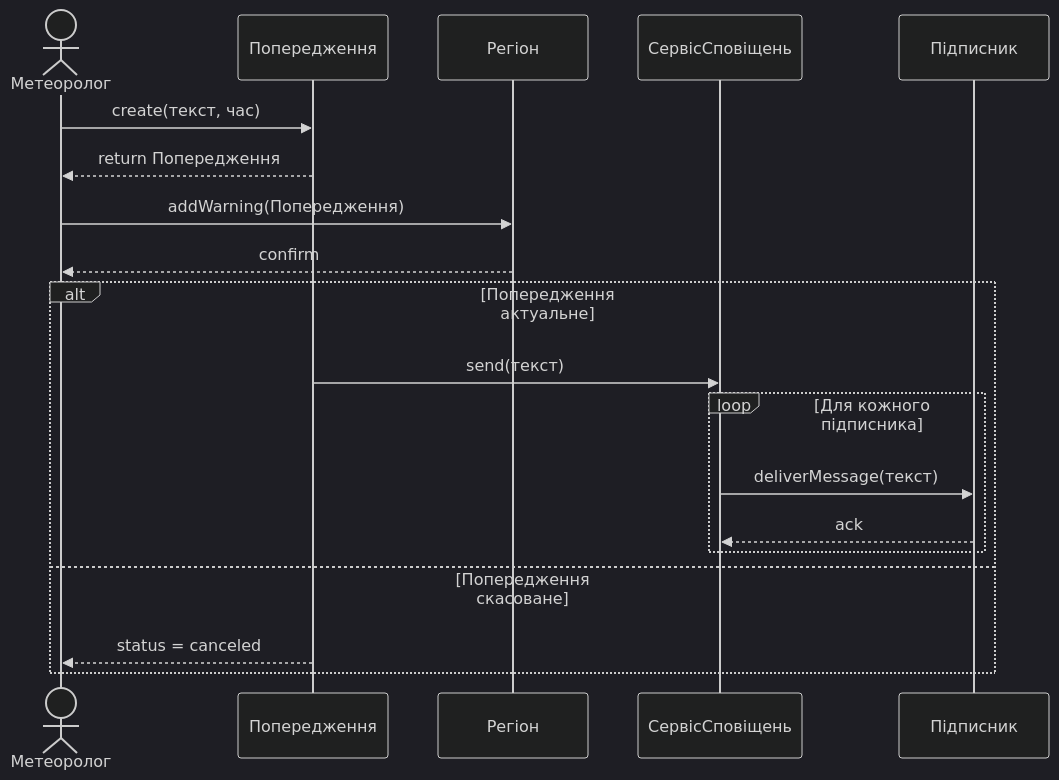
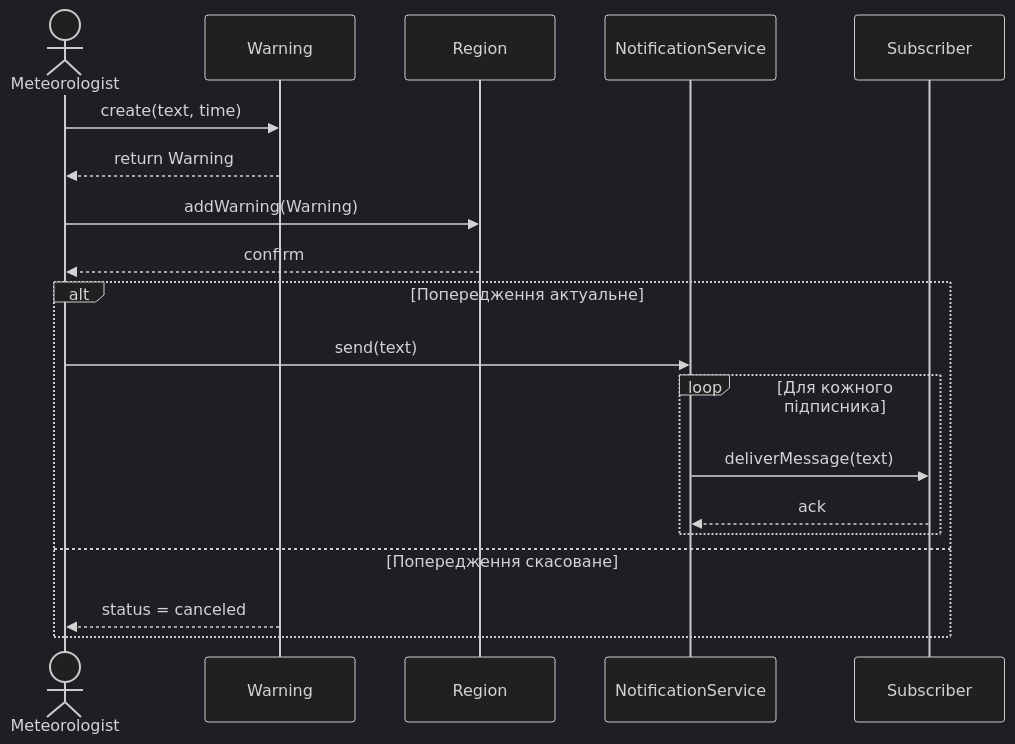
The diagram in docs/sequence.mmd (MartynenkoMS/INDZ), drawn with Mermaid (dark theme) before and after one commit. The commit also changed 4 other files, not shown here.

```diff
--- a/docs/sequence.mmd
+++ b/docs/sequence.mmd
@@ -1,25 +1,25 @@
 sequenceDiagram
-    actor Метеоролог
-    participant Попередження
-    participant Регіон
-    participant СервісСповіщень
-    participant Підписник
+    actor Meteorologist
+    participant Warning
+    participant Region
+    participant NotificationService
+    participant Subscriber
 
     %% Створення попередження
-    Метеоролог->>Попередження: create(текст, час)
-    Попередження-->>Метеоролог: return Попередження
+    Meteorologist->>Warning: create(text, time)
+    Warning-->>Meteorologist: return Warning
 
-    %% Прив’язка до регіону
-    Метеоролог->>Регіон: addWarning(Попередження)
-    Регіон-->>Метеоролог: confirm
+    %% Прив'язка до регіону
+    Meteorologist->>Region: addWarning(Warning)
+    Region-->>Meteorologist: confirm
 
     %% Відправка повідомлень
     alt Попередження актуальне
-        Попередження->>СервісСповіщень: send(текст)
+        Meteorologist->>NotificationService: send(text)
         loop Для кожного підписника
-            СервісСповіщень->>Підписник: deliverMessage(текст)
-            Підписник-->>СервісСповіщень: ack
+            NotificationService->>Subscriber: deliverMessage(text)
+            Subscriber-->>NotificationService: ack
         end
     else Попередження скасоване
-        Попередження-->>Метеоролог: status = canceled
+        Warning-->>Meteorologist: status = canceled
     end
```
